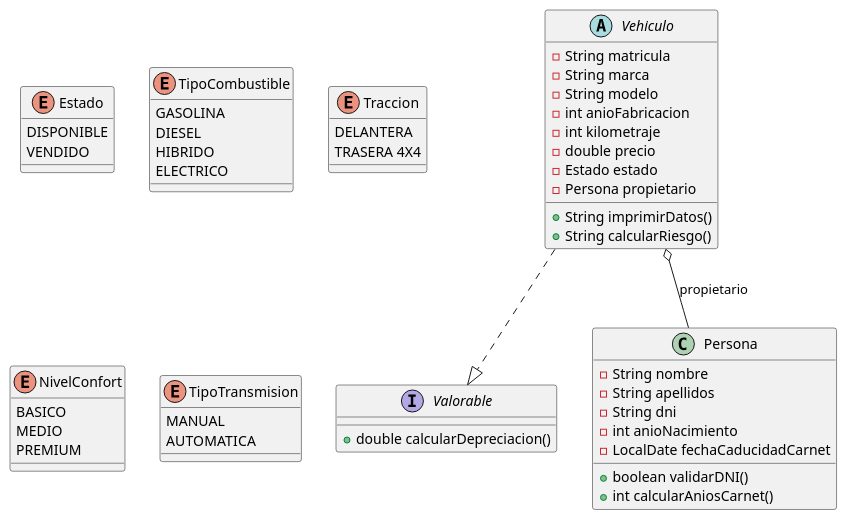
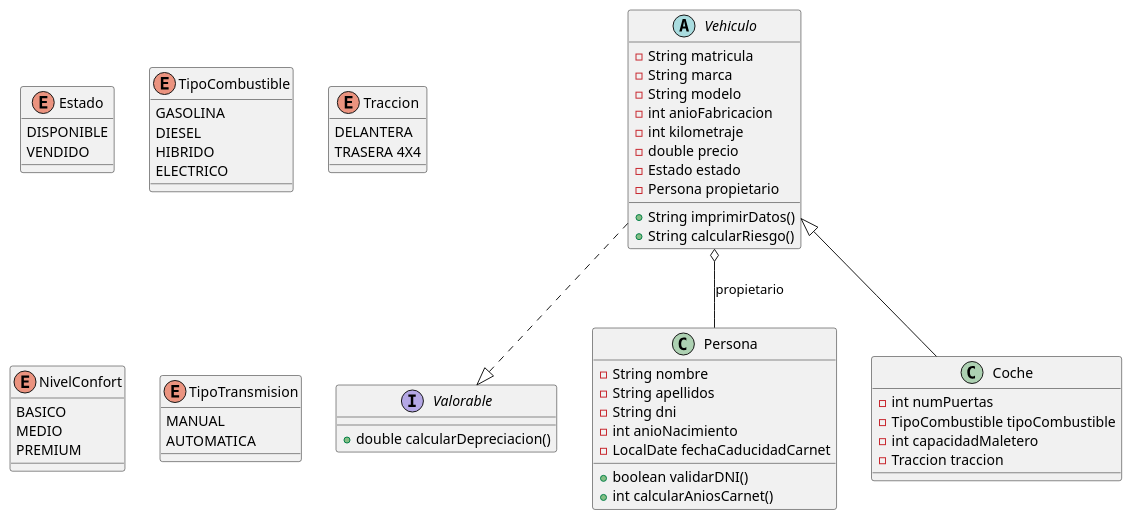
One commit to R-MEduca/UT5_ED_Prog changed the diagram in uml/diagrama_clases.puml. Above: the diagram before and after it, drawn with PlantUML. The commit also changed 1 other file, not shown here.

Commit message:
Creo coche y lo relaciono con vehiculo

```diff
--- a/uml/diagrama_clases.puml
+++ b/uml/diagrama_clases.puml
@@ -1,70 +1,80 @@
 @startuml
 
 ' === Enumeraciones ===
 enum Estado {
 DISPONIBLE
 VENDIDO
 }
 
 enum TipoCombustible {
 GASOLINA
 DIESEL
 HIBRIDO
 ELECTRICO
 }
 
 enum Traccion {
 DELANTERA
 TRASERA 4X4
 }
 
 enum NivelConfort{
 BASICO
 MEDIO
 PREMIUM
 }
 
 enum TipoTransmision{
 MANUAL
 AUTOMATICA
 }
 
 ' ===Interfaz===
 interface Valorable {
 +double calcularDepreciacion()
 }
 
 ' === Clase Persona ===
 class Persona {
   -String nombre
   -String apellidos
   -String dni
   -int anioNacimiento
   -LocalDate fechaCaducidadCarnet
 
   +boolean validarDNI()
   +int calcularAniosCarnet()
 }
 
 ' === Clase abstracta Vehiculo ===
 abstract class Vehiculo {
   -String matricula
   -String marca
   -String modelo
   -int anioFabricacion
   -int kilometraje
   -double precio
   -Estado estado
   -Persona propietario
 
   +String imprimirDatos()
   +String calcularRiesgo()
 }
 
+' === Clase Coche ===
+class Coche {
+  -int numPuertas
+  -TipoCombustible tipoCombustible
+  -int capacidadMaletero
+  -Traccion traccion
+}
+
+Vehiculo <|-- Coche
+
 Vehiculo ..|> Valorable
 
 Vehiculo o-- Persona : propietario
 
 
 
 @enduml
```
